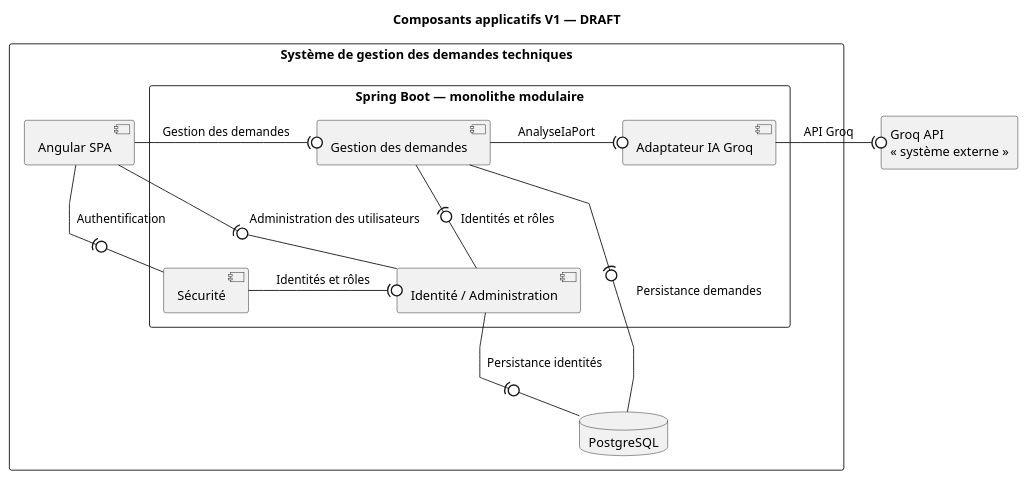
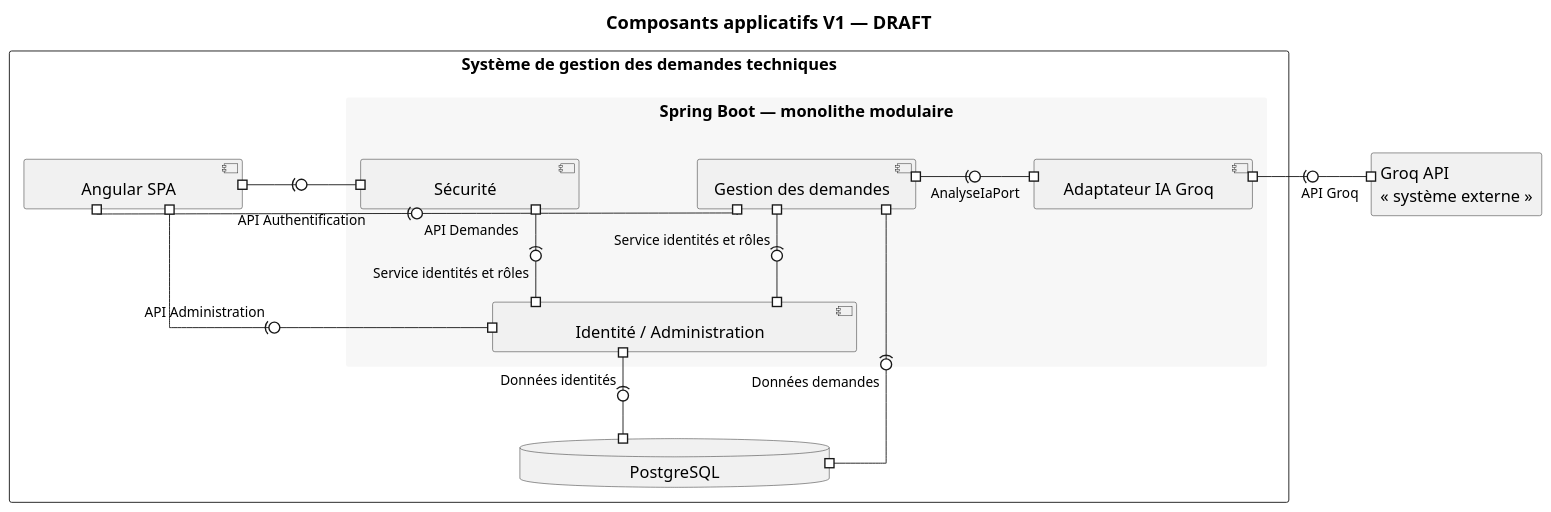
Before and after one commit to akrouty/gestion-demandes-techniques: the diagram in docs/uml/component/application-components-v1.puml, drawn with PlantUML.

Commit message:
diagramme du composant

```diff
--- a/docs/uml/component/application-components-v1.puml
+++ b/docs/uml/component/application-components-v1.puml
@@ -1,47 +1,66 @@
 @startuml
 !pragma horizontalLineBetweenDifferentPackageAllowed
 ' Statut : DRAFT
 ' Vue logique limitée ; aucun détail de déploiement.
+' Les contrats portent des noms architecturaux ; seule AnalyseIaPort est une interface Java.
+' layoutWide est un sélecteur graphique masqué, sans signification architecturale.
 title Composants applicatifs V1 — DRAFT
 top to bottom direction
 skinparam monochrome true
 skinparam shadowing false
 skinparam backgroundColor white
 skinparam componentStyle uml2
-skinparam linetype polyline
-skinparam nodesep 60
-skinparam ranksep 75
+skinparam defaultFontSize 18
+skinparam ArrowFontSize 15
+skinparam titleFontSize 20
+<style>
+component {
+  HorizontalAlignment center
+  MinimumWidth 200
+  .layoutWide {
+    MinimumWidth 360
+  }
+}
+database {
+  MinimumWidth 320
+  HorizontalAlignment center
+}
+</style>
+hide stereotype
+skinparam linetype ortho
+skinparam nodesep 130
+skinparam ranksep 95
 rectangle "Système de gestion des demandes techniques" as SYSTEM {
   component "Angular SPA" as SPA
-  rectangle "Spring Boot — monolithe modulaire" as BACKEND {
+  rectangle "Spring Boot — monolithe modulaire\n" as BACKEND #line:transparent;back:F7F7F7 {
     component "Sécurité" as SECURITY
     component "Gestion des demandes" as REQUEST
-    component "Identité / Administration" as IDENTITY
+    component "Identité / Administration" as IDENTITY <<layoutWide>>
     component "Adaptateur IA Groq" as AI
   }
   database "PostgreSQL" as POSTGRES
 }
 rectangle "Groq API\n« système externe »" as GROQ
-SPA -(0- SECURITY : Authentification
-SPA -(0 REQUEST : Gestion des demandes
-SPA -(0- IDENTITY : Administration des utilisateurs
-SECURITY -(0 IDENTITY : Identités et rôles
-REQUEST -(0- IDENTITY : Identités et rôles
-' Assemblies : socket côté client, lollipop côté fournisseur.
+SPA #-right(0-# SECURITY : \nAPI Authentification
+SPA #-right(0-# REQUEST : API Demandes
+SPA #-[norank](0-# IDENTITY : \nAPI Administration
+SECURITY #-down(0-# IDENTITY : Service identités et rôles
+REQUEST #-down(0-# IDENTITY : Service identités et rôles
+' Vue compacte des ports UML : chaque extrémité # dessine un carré sur le cadre.
+' Chaque port appartient au composant auquel son extrémité est rattachée.
+' Assemblies : socket côté port consommateur, lollipop côté port fournisseur.
 ' Identités et rôles : même contrat IdentiteService, deux usages représentés.
-REQUEST -(0 AI : AnalyseIaPort
-AI -(0 GROQ : API Groq
-REQUEST -(0- POSTGRES : Persistance demandes
-IDENTITY -(0- POSTGRES : Persistance identités
-' Contraintes graphiques uniquement.
+REQUEST #-right(0-# AI : AnalyseIaPort
+AI #-right(0-# GROQ : API Groq
+POSTGRES #-up0)-# REQUEST : Données demandes
+IDENTITY #-down(0-# POSTGRES : Données identités
+' Contraintes graphiques uniquement ; aucun lien sémantique supplémentaire.
 REQUEST -[hidden]right-> AI
-SPA -[hidden]down-> SECURITY
-SECURITY -[hidden]right-> IDENTITY
+REQUEST -[hidden]down-> IDENTITY
 
-SPA -[hidden]right-> REQUEST
-REQUEST -[hidden]down-> IDENTITY
+SECURITY -[hidden]right-> REQUEST
 IDENTITY -[hidden]down-> POSTGRES
 
 AI -[hidden]right-> GROQ
 
 @enduml
```
